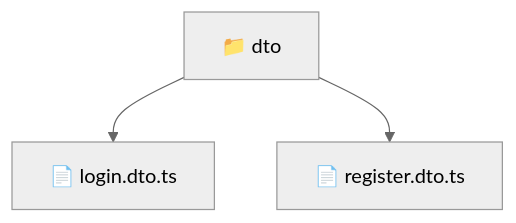
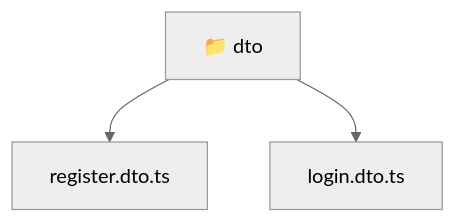
The diagram in backend/src/modules/auth/dto/README.md (beginwebdev2002/fullstack-mavluda), drawn with Mermaid (neutral theme) before and after one commit. The commit also changed other lines of this file and 167 other files, not shown here.

````diff
--- a/backend/src/modules/auth/dto/README.md
+++ b/backend/src/modules/auth/dto/README.md
@@ -9,6 +9,8 @@
 ```mermaid
 graph TD
-  Root["📁 dto"]
-  Root --> login_dto_ts["📄 login.dto.ts"]
-  Root --> register_dto_ts["📄 register.dto.ts"]
+  Root_dto["📁 dto"]
+  f_register_dto_ts["register.dto.ts"]
+  Root_dto --> f_register_dto_ts
+  f_login_dto_ts["login.dto.ts"]
+  Root_dto --> f_login_dto_ts
 ```
````
